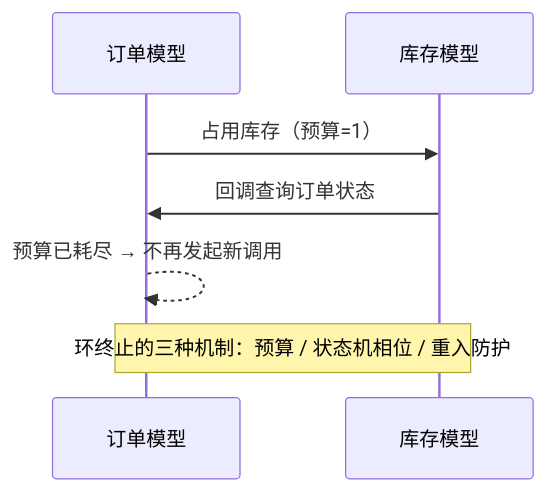
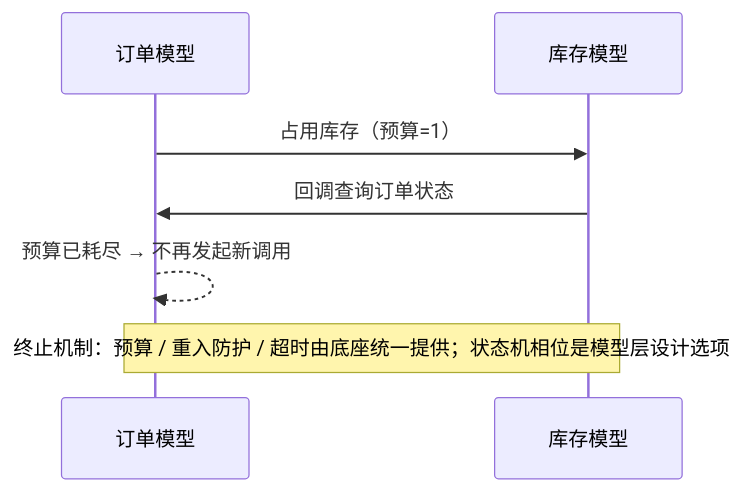
One commit to zly-app/mso-arch changed the third of 3 diagrams in README.zh-CN.md. Above: the diagram before and after it, drawn with Mermaid. The commit also changed other lines of this file and 3 other files, not shown here.

````diff
--- a/README.zh-CN.md
+++ b/README.zh-CN.md
@@ -82,9 +84,9 @@
 ```mermaid
 sequenceDiagram
     participant A as 订单模型
     participant B as 库存模型
     A->>B: 占用库存（预算=1）
     B->>A: 回调查询订单状态
     A-->>A: 预算已耗尽 → 不再发起新调用
-    Note over A,B: 环终止的三种机制：预算 / 状态机相位 / 重入防护
+    Note over A,B: 终止机制：预算 / 重入防护 / 超时由底座统一提供；状态机相位是模型层设计选项
 ```
````
